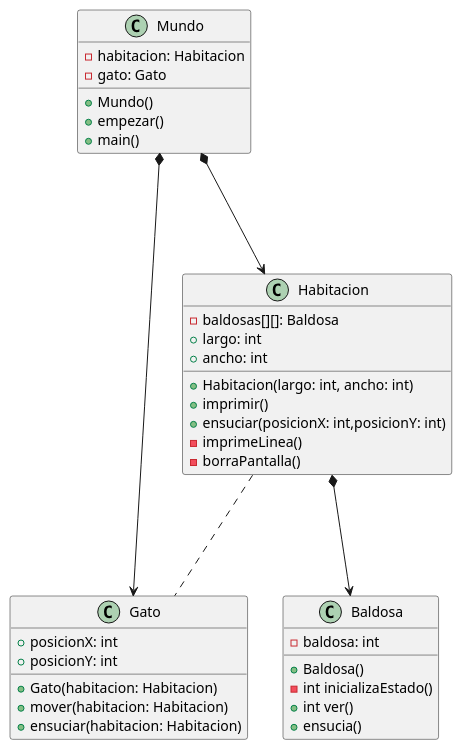
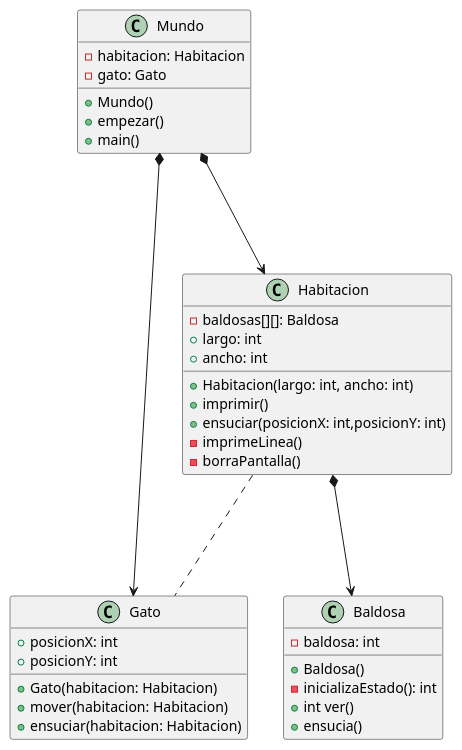
One commit to mmasias/theWorld changed the diagram in diagrama001.puml. Above: the diagram before and after it, drawn with PlantUML. The commit also changed 6 other files, not shown here.

```diff
--- a/diagrama001.puml
+++ b/diagrama001.puml
@@ -1,43 +1,43 @@
 @startuml
 
 class Mundo{
     - habitacion: Habitacion
     - gato: Gato 
     + Mundo()
     + empezar()
     + main()
 }
 
 class Habitacion {
     - baldosas[][]: Baldosa
     + largo: int
     + ancho: int
     +Habitacion(largo: int, ancho: int)
     +imprimir()
     +ensuciar(posicionX: int,posicionY: int)
     -imprimeLinea()
     -borraPantalla()
 }
 
 class Baldosa{
     - baldosa: int
     + Baldosa()
-    - int inicializaEstado()
+    - inicializaEstado(): int
     + int ver()
     + ensucia()
 }
 
 class Gato{
     + posicionX: int
     + posicionY: int
     + Gato(habitacion: Habitacion)
     + mover(habitacion: Habitacion)
     + ensuciar(habitacion: Habitacion)
 }
 
 Mundo *-D--> Habitacion
 Mundo *-R---> Gato
 Habitacion *-D--> Baldosa 
 Habitacion ... Gato
 
 @enduml
```
